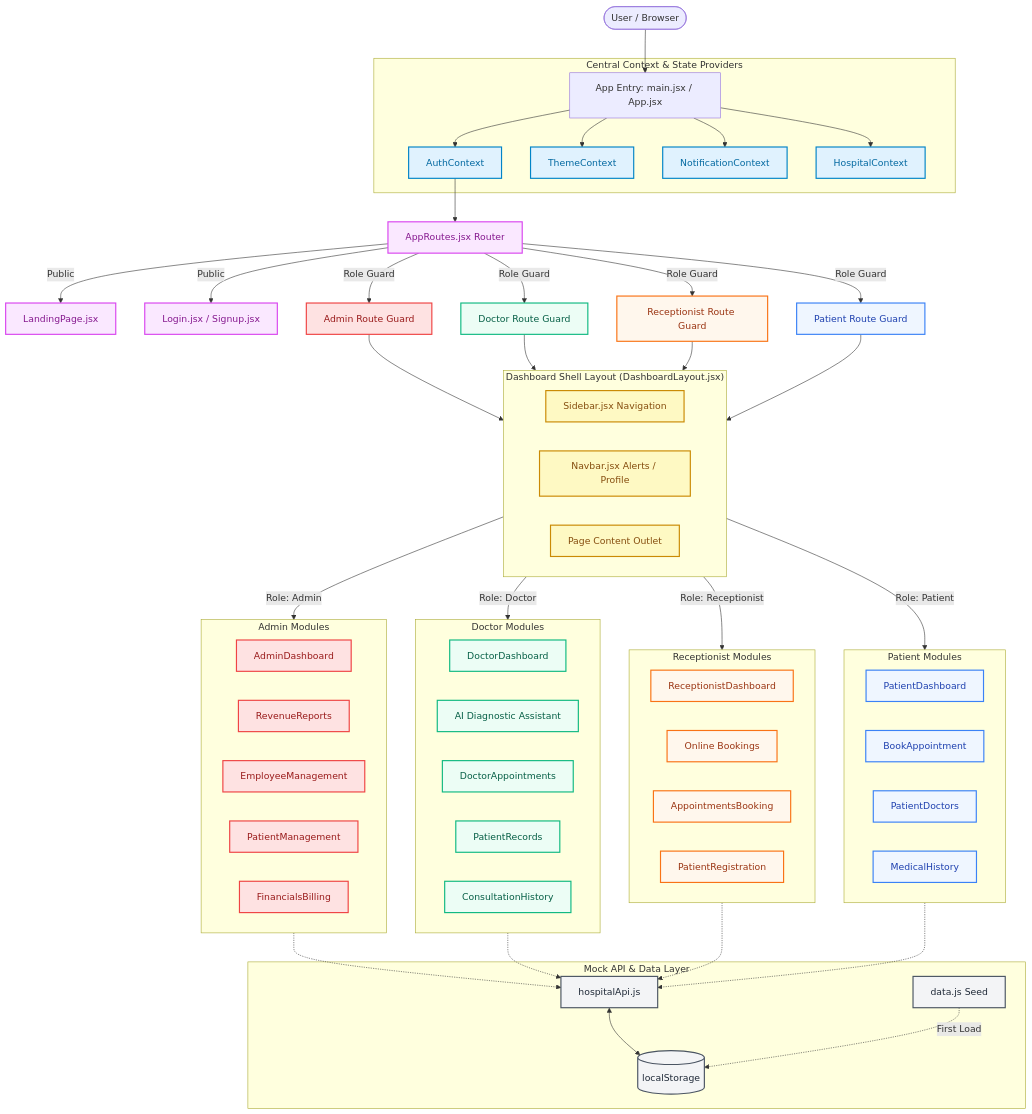
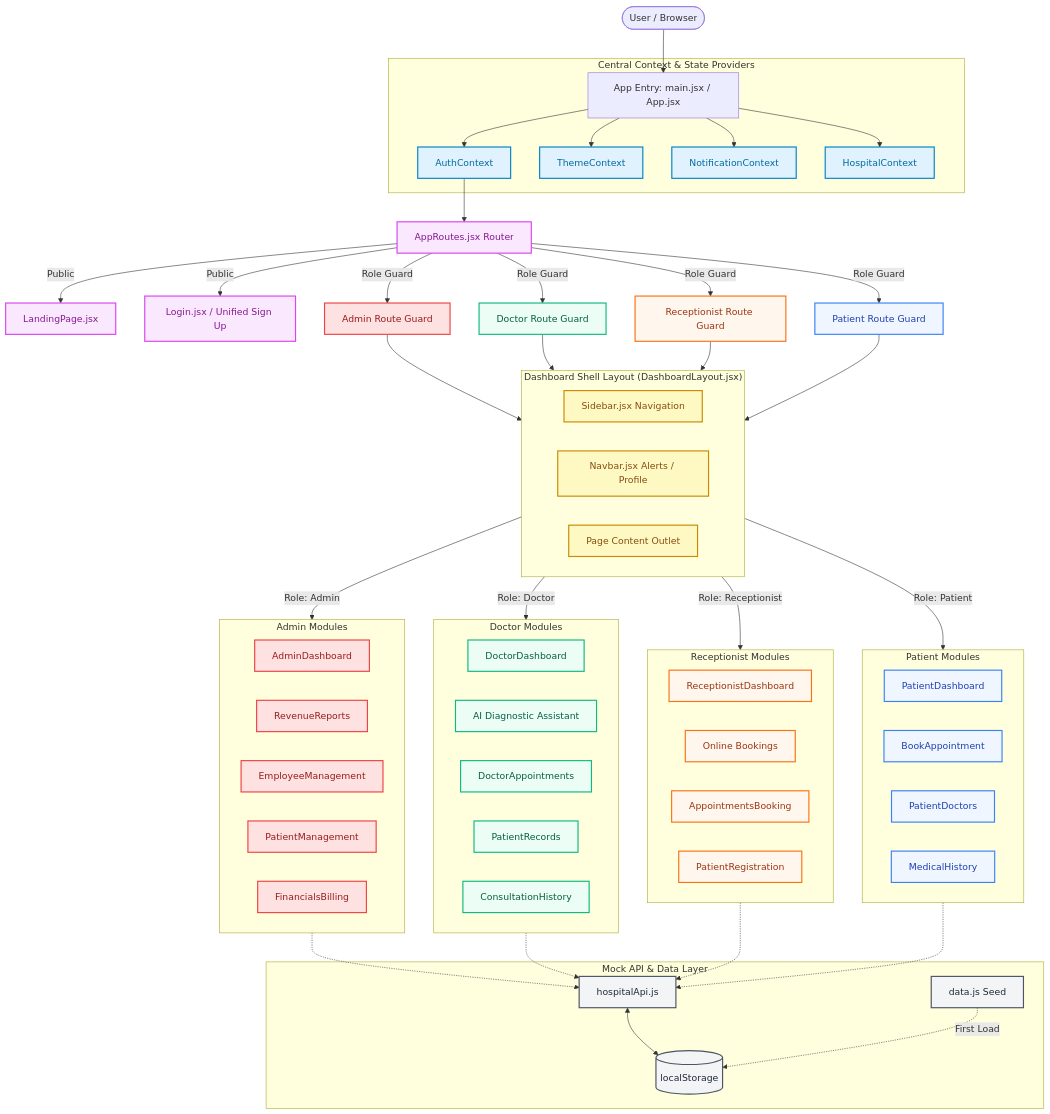
The first of 2 diagrams in README.md (GaganCB2002/Hospital_Management_System), drawn with Mermaid before and after one commit. The commit also changed other lines of this file and 2 other files, not shown here.

Commit message:
refactor: unify login and signup page, update README

```diff
--- a/README.md
+++ b/README.md
@@ -209,7 +209,7 @@
     Auth --> Router[AppRoutes.jsx Router]:::router
 
     Router -->|Public| Landing[LandingPage.jsx]:::router
-    Router -->|Public| Login[Login.jsx / Signup.jsx]:::router
+    Router -->|Public| Login[Login.jsx / Unified Sign Up]:::router
 
     Router -->|Role Guard| AdminPortal["Admin Route Guard"]:::admin
     Router -->|Role Guard| DoctorPortal["Doctor Route Guard"]:::doctor
```
